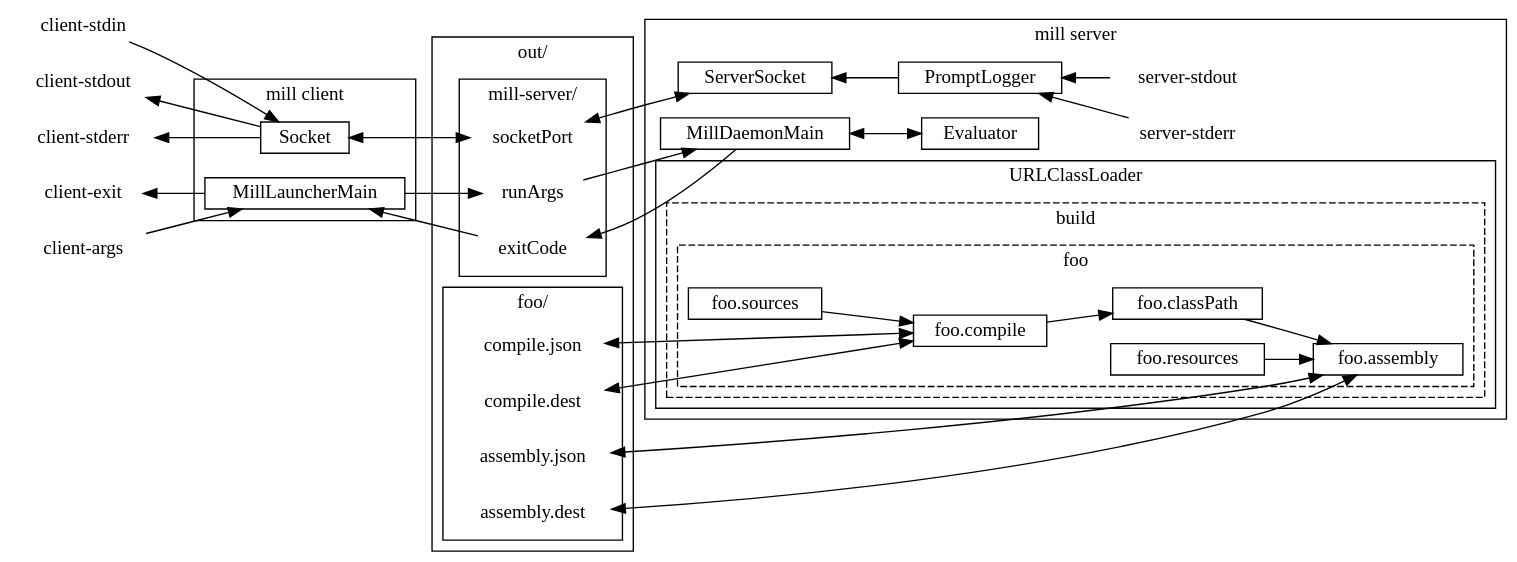
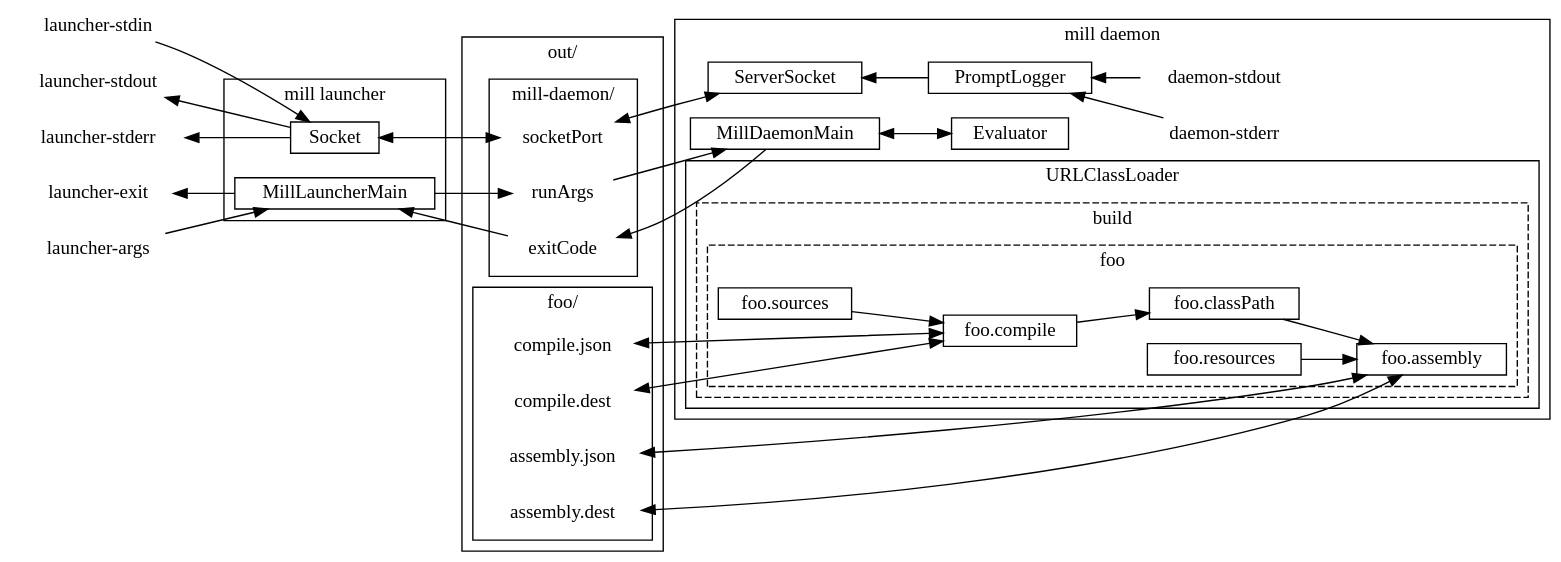
Before and after one commit to com-lihaoyi/mill: the diagram in website/docs/modules/ROOT/pages/depth/process-architecture.adoc, drawn with Graphviz. The commit also changed other lines of this file and 50 other files, not shown here.

First line of the commit message:
Split launcher/daemon terminology from client/server (#5135)

```diff
--- a/website/docs/modules/ROOT/pages/depth/process-architecture.adoc
+++ b/website/docs/modules/ROOT/pages/depth/process-architecture.adoc
@@ -13,28 +13,28 @@
   node [shape=box width=0 height=0 style=filled fillcolor=white]
   bgcolor=transparent
 
-  "client-stdin" [penwidth=0]
-  "client-stdout" [penwidth=0]
-  "client-stderr" [penwidth=0]
-  "client-exit" [penwidth=0]
-  "client-args" [penwidth=0]
+  "launcher-stdin" [penwidth=0]
+  "launcher-stdout" [penwidth=0]
+  "launcher-stderr" [penwidth=0]
+  "launcher-exit" [penwidth=0]
+  "launcher-args" [penwidth=0]
   subgraph cluster_client {
-      label = "mill client";
+      label = "mill launcher";
       "Socket"
       "MillLauncherMain"
   }
-  "client-stdin" -> "Socket"
-  "client-stderr" -> "Socket" [dir=back]
-  "client-stdout" -> "Socket" [dir=back]
-  "client-args" -> "MillLauncherMain"
-  "client-exit" -> "MillLauncherMain" [dir=back]
+  "launcher-stdin" -> "Socket"
+  "launcher-stderr" -> "Socket" [dir=back]
+  "launcher-stdout" -> "Socket" [dir=back]
+  "launcher-args" -> "MillLauncherMain"
+  "launcher-exit" -> "MillLauncherMain" [dir=back]
   "MillLauncherMain" -> "runArgs"
   subgraph cluster_out {
     label = "out/";
 
 
     subgraph cluster_mill_server_folder {
-      label = "mill-server/";
+      label = "mill-daemon/";
       "socketPort" [penwidth=0]
       "exitCode" [penwidth=0]
       "runArgs" [penwidth=0]
@@ -51,14 +51,14 @@
 
 
   subgraph cluster_server {
-    label = "mill server";
+    label = "mill daemon";
     "PromptLogger"
     "MillDaemonMain"
     "Evaluator"
     "ServerSocket"
 
-    "server-stdout" [penwidth=0]
-    "server-stderr" [penwidth=0]
+    "daemon-stdout" [penwidth=0]
+    "daemon-stderr" [penwidth=0]
     subgraph cluster_classloder {
       label = "URLClassLoader";
       subgraph cluster_build {
@@ -86,8 +86,8 @@
   "Socket" -> "socketPort"  [dir=both]
   "socketPort" -> "ServerSocket"  [dir=both]
 
-  "PromptLogger" -> "server-stderr" [dir=back]
-  "PromptLogger" -> "server-stdout" [dir=back]
+  "PromptLogger" -> "daemon-stderr" [dir=back]
+  "PromptLogger" -> "daemon-stdout" [dir=back]
   "compile.dest" -> "foo.compile"  [dir=both]
   "compile.json" -> "foo.compile"  [dir=both]
 
```
